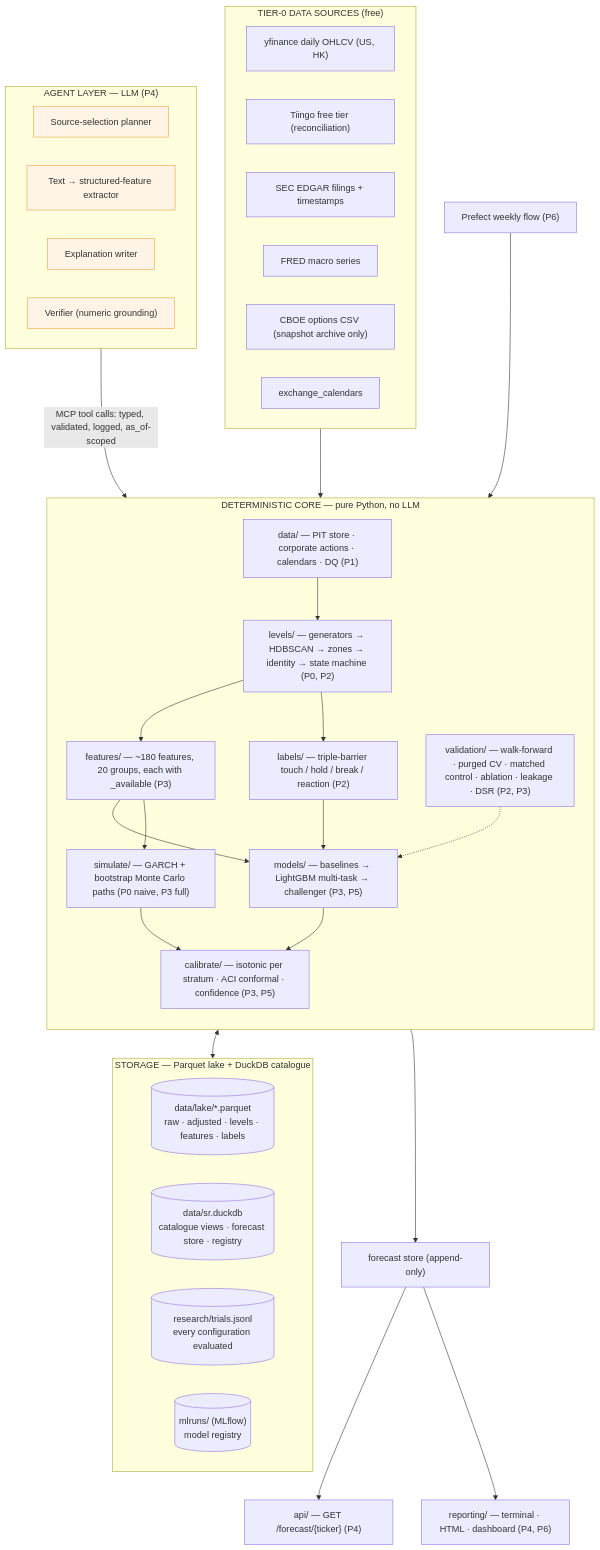
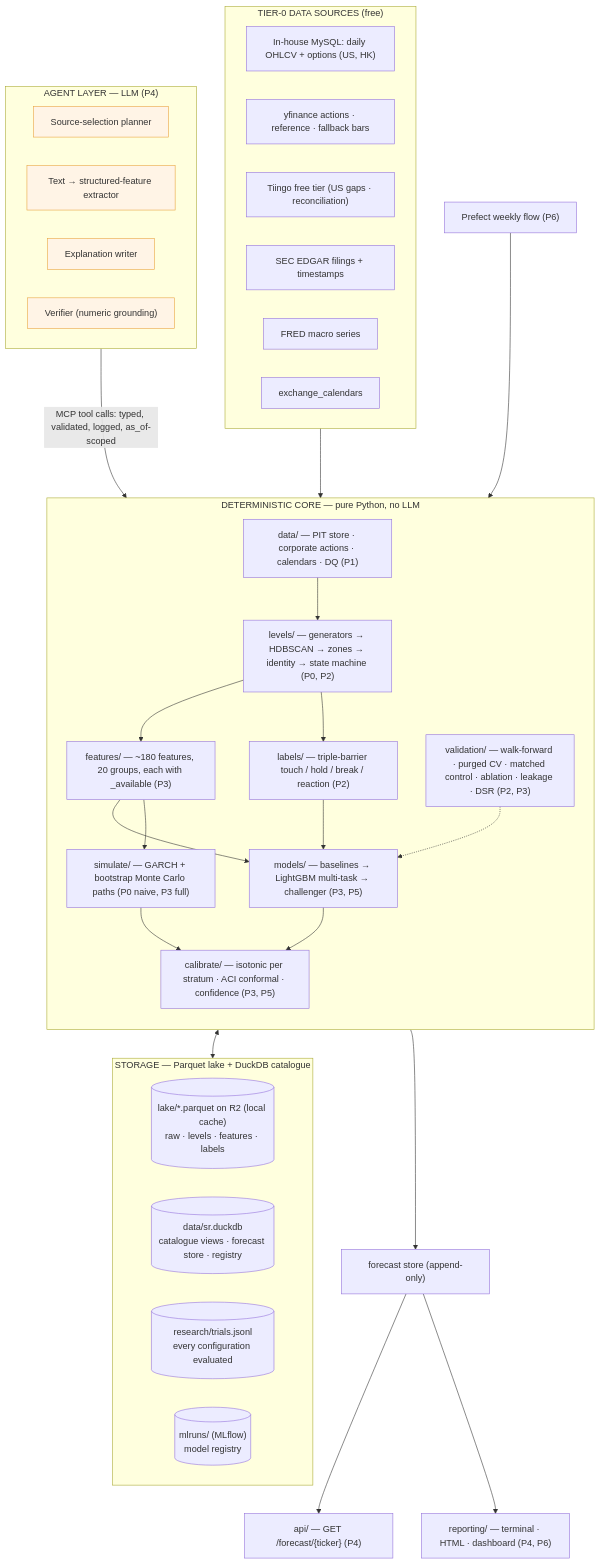
The first of 29 diagrams in docs/SR_Technical_Document.md (Neural-Matrix-LLC/Support-Resistance-Agent), drawn with Mermaid before and after one commit. The commit also changed other lines of this file and 3 other files, not shown here.

````diff
--- a/docs/SR_Technical_Document.md
+++ b/docs/SR_Technical_Document.md
@@ -51,57 +53,57 @@
 ```mermaid
 flowchart TB
     subgraph AGENT["AGENT LAYER — LLM (P4)"]
         PLAN["Source-selection planner"]
         EXTRACT["Text → structured-feature extractor"]
         NARR["Explanation writer"]
         VERIFY["Verifier (numeric grounding)"]
     end
 
     subgraph CORE["DETERMINISTIC CORE — pure Python, no LLM"]
         direction TB
         DATA["data/ — PIT store · corporate actions · calendars · DQ (P1)"]
         LEVELS["levels/ — generators → HDBSCAN → zones → identity → state machine (P0, P2)"]
         FEAT["features/ — ~180 features, 20 groups, each with _available (P3)"]
         LABELS["labels/ — triple-barrier touch / hold / break / reaction (P2)"]
         MODELS["models/ — baselines → LightGBM multi-task → challenger (P3, P5)"]
         SIM["simulate/ — GARCH + bootstrap Monte Carlo paths (P0 naive, P3 full)"]
         CAL["calibrate/ — isotonic per stratum · ACI conformal · confidence (P3, P5)"]
         VAL["validation/ — walk-forward · purged CV · matched control · ablation · leakage · DSR (P2, P3)"]
         DATA --> LEVELS --> FEAT --> MODELS --> CAL
         LEVELS --> LABELS --> MODELS
         FEAT --> SIM --> CAL
         VAL -.-> MODELS
     end
 
     subgraph STORE["STORAGE — Parquet lake + DuckDB catalogue"]
-        LAKE[("data/lake/*.parquet<br/>raw · adjusted · levels · features · labels")]
+        LAKE[("lake/*.parquet on R2 (local cache)<br/>raw · levels · features · labels")]
         DUCK[("data/sr.duckdb<br/>catalogue views · forecast store · registry")]
         TRIALS[("research/trials.jsonl<br/>every configuration evaluated")]
         MLF[("mlruns/ (MLflow)<br/>model registry")]
     end
 
     subgraph SRC["TIER-0 DATA SOURCES (free)"]
-        STOOQ["yfinance daily OHLCV (US, HK)"]
-        TIINGO["Tiingo free tier (reconciliation)"]
+        MYSQLS["In-house MySQL: daily OHLCV + options (US, HK)"]
+        STOOQ["yfinance actions · reference · fallback bars"]
+        TIINGO["Tiingo free tier (US gaps · reconciliation)"]
         EDGAR["SEC EDGAR filings + timestamps"]
         FRED["FRED macro series"]
-        CBOE["CBOE options CSV (snapshot archive only)"]
         XCAL["exchange_calendars"]
     end
 
     FS["forecast store (append-only)"]
     API["api/ — GET /forecast/#123;ticker#125; (P4)"]
     REPORT["reporting/ — terminal · HTML · dashboard (P4, P6)"]
     SCHED["Prefect weekly flow (P6)"]
 
     AGENT -- "MCP tool calls: typed, validated, logged, as_of-scoped" --> CORE
     SRC --> DATA
     CORE <--> STORE
     CAL --> FS
     FS --> API
     FS --> REPORT
     SCHED --> CORE
 
     classDef llm fill:#fff4e6,stroke:#e8a33d
     class PLAN,EXTRACT,NARR,VERIFY llm
 ```
````
